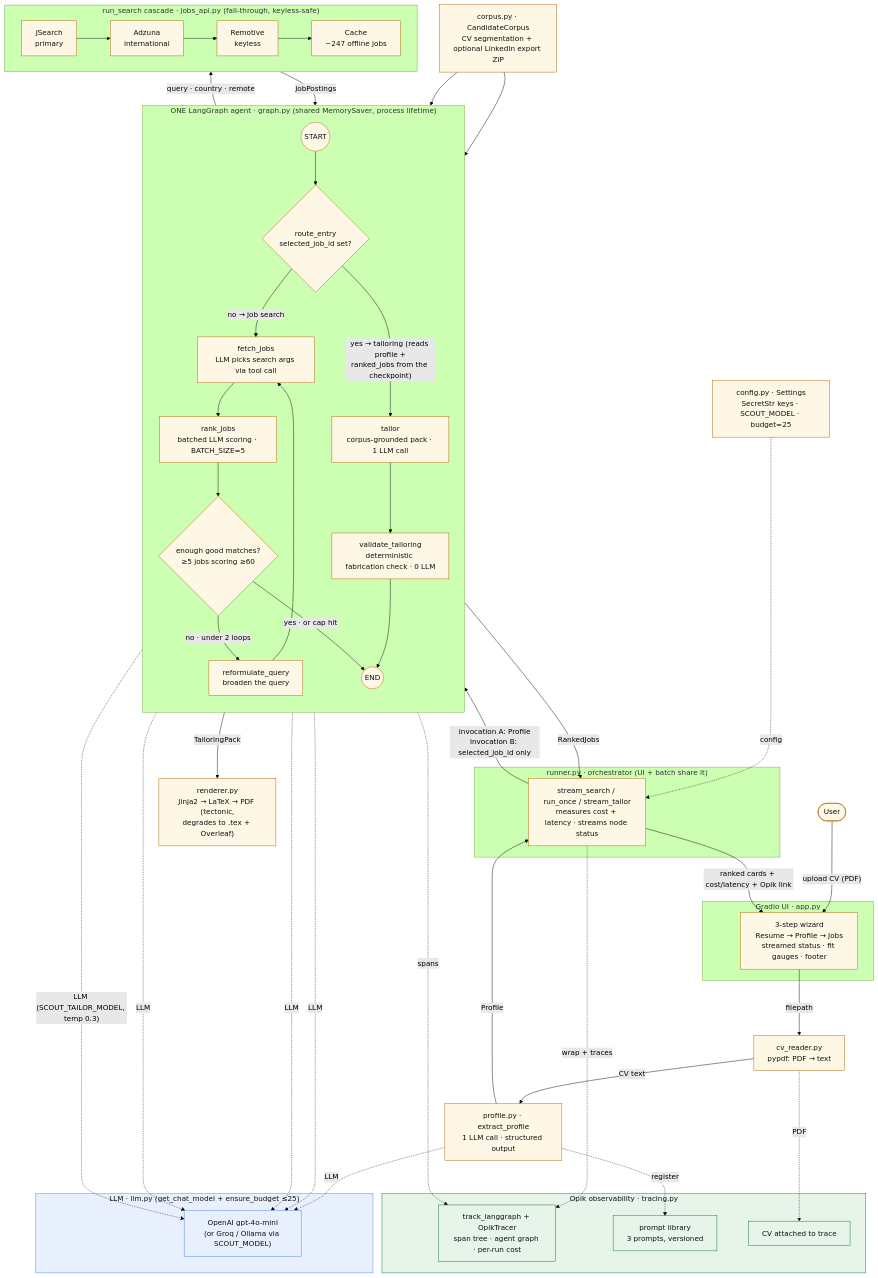
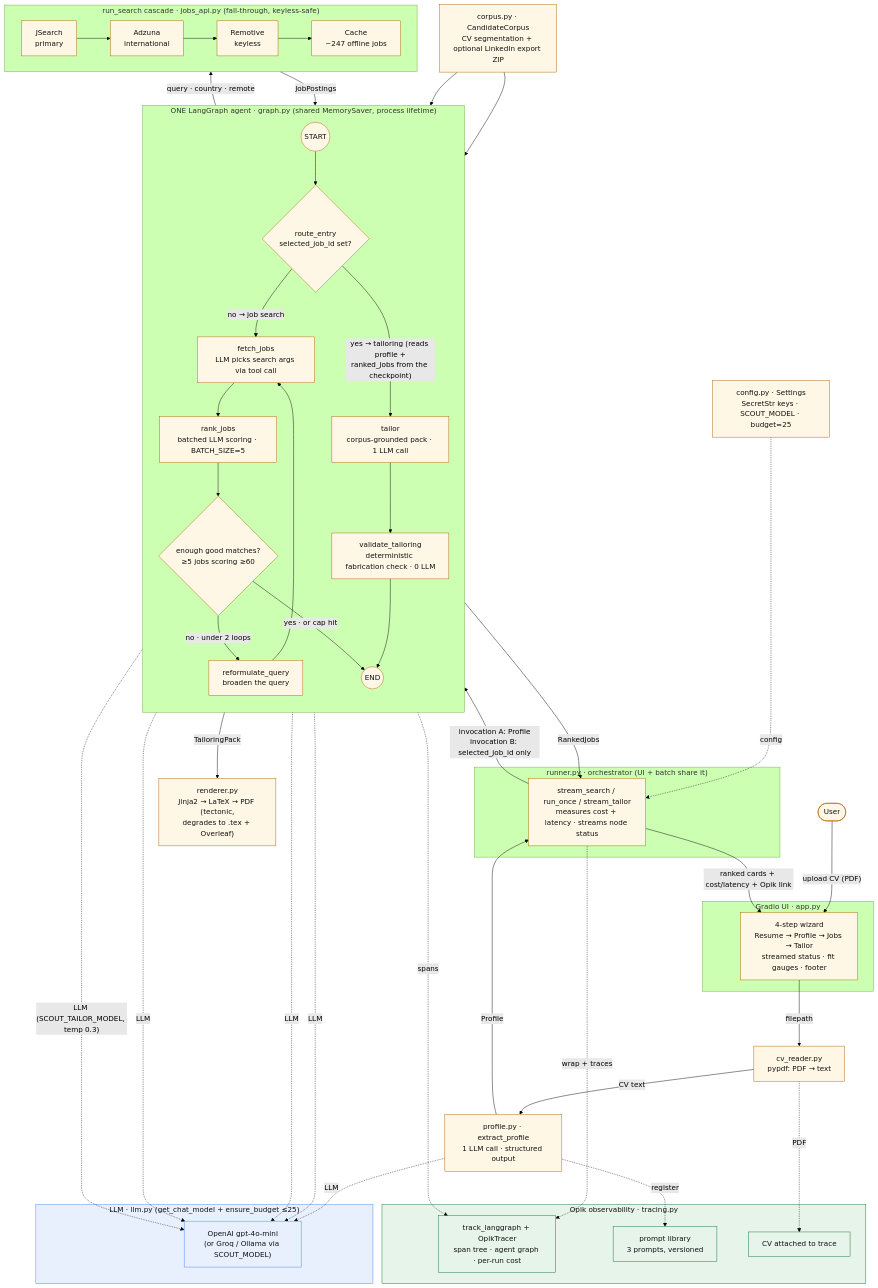
Before and after one commit to Sravanigangul/observable-job-agent: the diagram in docs/architecture.md, drawn with Mermaid (forest theme). The commit also changed 2 other files, not shown here.

Commit message:
docs: catch the artifacts up with reality
README badge said 35 tests (190 pass), architecture.md still drew the
3-step wizard, and .env.example never mentioned that the Part 2 batch
numbers came from gpt-4.1-mini rather than its gpt-4o-mini default.

````diff
--- a/docs/architecture.md
+++ b/docs/architecture.md
@@ -11,74 +11,74 @@
 ```mermaid
 flowchart TB
   U(["User"]) -->|"upload CV (PDF)"| UI
 
   subgraph UI_L["Gradio UI · app.py"]
-    UI["3-step wizard<br/>Resume → Profile → Jobs<br/>streamed status · fit gauges · footer"]
+    UI["4-step wizard<br/>Resume → Profile → Jobs → Tailor<br/>streamed status · fit gauges · footer"]
   end
 
   UI -->|"filepath"| CVR["cv_reader.py<br/>pypdf: PDF → text"]
   CVR -->|"CV text"| EP["profile.py · extract_profile<br/>1 LLM call · structured output"]
   EP -->|"Profile"| RUN
 
   subgraph ORCH["runner.py · orchestrator (UI + batch share it)"]
     RUN["stream_search / run_once / stream_tailor<br/>measures cost + latency · streams node status"]
   end
 
   RUN -->|"invocation A: Profile<br/>invocation B: selected_job_id only"| G
 
   subgraph G["ONE LangGraph agent · graph.py (shared MemorySaver, process lifetime)"]
     direction TB
     S((START)) --> RE{"route_entry<br/>selected_job_id set?"}
     RE -->|"no → job search"| FJ
     FJ["fetch_jobs<br/>LLM picks search args via tool call"] --> RJ
     RJ["rank_jobs<br/>batched LLM scoring · BATCH_SIZE=5"] --> D{"enough good matches?<br/>≥5 jobs scoring ≥60"}
     D -->|"no · under 2 loops"| RQ["reformulate_query<br/>broaden the query"]
     RQ --> FJ
     D -->|"yes · or cap hit"| E((END))
     RE -->|"yes → tailoring (reads profile +<br/>ranked_jobs from the checkpoint)"| TL
     TL["tailor<br/>corpus-grounded pack · 1 LLM call"] --> VT
     VT["validate_tailoring<br/>deterministic fabrication check · 0 LLM"] --> E
   end
 
   CORP["corpus.py · CandidateCorpus<br/>CV segmentation + optional LinkedIn export ZIP"] --> TL
   CORP --> VT
   TL -->|"TailoringPack"| REND["renderer.py<br/>Jinja2 → LaTeX → PDF (tectonic,<br/>degrades to .tex + Overleaf)"]
 
   FJ -->|"query · country · remote"| SRCH
   subgraph SRCH["run_search cascade · jobs_api.py (fall-through, keyless-safe)"]
     direction LR
     JS["JSearch<br/>primary"] --> AZ["Adzuna<br/>international"] --> RM["Remotive<br/>keyless"] --> CA["Cache<br/>~247 offline jobs"]
   end
   SRCH -->|"JobPostings"| RJ
 
   E -->|"RankedJobs"| RUN
   RUN -->|"ranked cards + cost/latency + Opik link"| UI
 
   subgraph LLM_L["LLM · llm.py (get_chat_model + ensure_budget ≤25)"]
     OA["OpenAI gpt-4o-mini<br/>(or Groq / Ollama via SCOUT_MODEL)"]
   end
   EP -. "LLM" .-> OA
   FJ -. "LLM" .-> OA
   RJ -. "LLM" .-> OA
   RQ -. "LLM" .-> OA
   TL -. "LLM (SCOUT_TAILOR_MODEL, temp 0.3)" .-> OA
 
   subgraph OBS["Opik observability · tracing.py"]
     TR["track_langgraph + OpikTracer<br/>span tree · agent graph · per-run cost"]
     PL["prompt library<br/>3 prompts, versioned"]
     AT["CV attached to trace"]
   end
   RUN -. "wrap + traces" .-> TR
   G -. "spans" .-> TR
   EP -. "register" .-> PL
   CVR -. "PDF" .-> AT
 
   CFG["config.py · Settings<br/>SecretStr keys · SCOUT_MODEL · budget=25"] -. "config" .-> RUN
 
   classDef llm fill:#e8f0fe,stroke:#4285f4,color:#111;
   classDef obs fill:#e6f4ea,stroke:#137333,color:#111;
   classDef node fill:#fff7e6,stroke:#b06000,color:#111;
   class OA,LLM_L llm;
   class TR,PL,AT,OBS obs;
   class FJ,RJ,RQ,TL,VT node;
 ```
````
